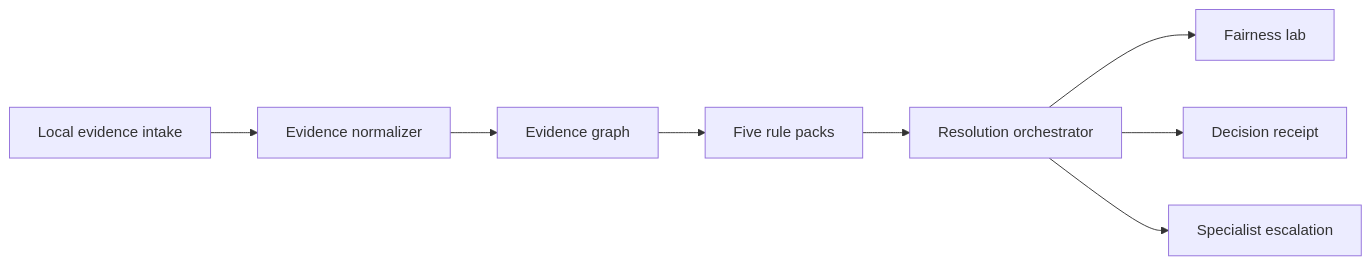
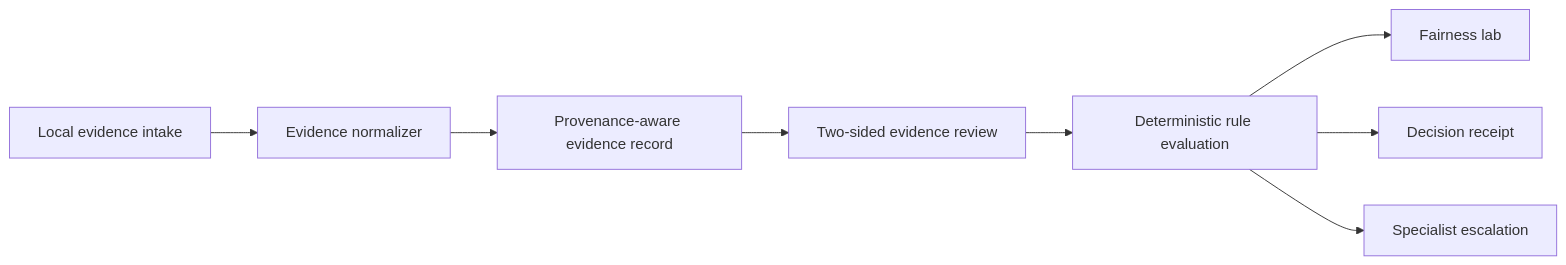
The diagram in README.md (arnavsinghal09/proofpair-amex), drawn with Mermaid before and after one commit. The commit also changed other lines of this file and 5 other files, not shown here.

Commit message:
Rebuild ProofPair around the analyst decision flow

````diff
--- a/README.md
+++ b/README.md
@@ -58,10 +58,10 @@
 ```mermaid
 flowchart LR
     A[Local evidence intake] --> B[Evidence normalizer]
-    B --> C[Evidence graph]
-    C --> D[Five rule packs]
-    D --> E[Resolution orchestrator]
+    B --> C[Provenance-aware evidence record]
+    C --> D[Two-sided evidence review]
+    D --> E[Deterministic rule evaluation]
     E --> F[Fairness lab]
     E --> G[Decision receipt]
     E --> H[Specialist escalation]
 ```
````
